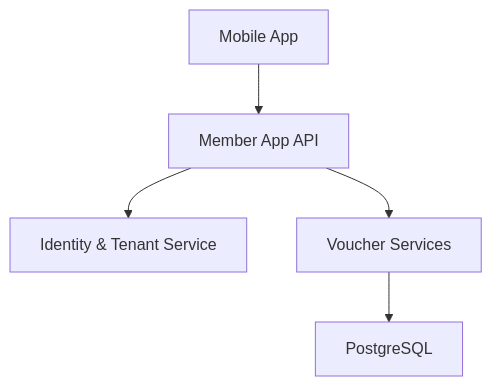
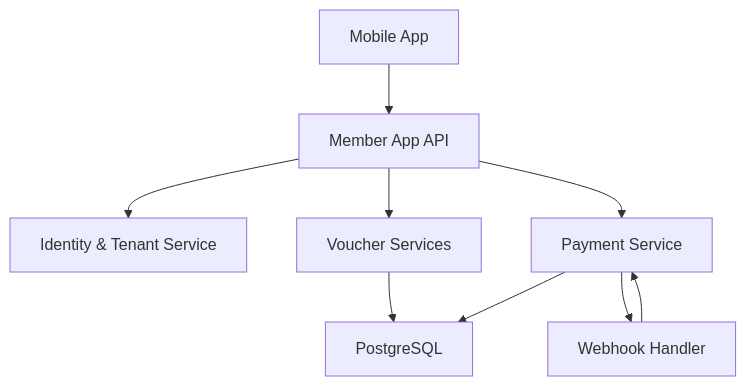
Before and after one commit to lamhongbac/NonCash: the second of 4 diagrams in .qoder/repowiki/en/content/API Contracts and Integration/Member App API/Member App API.md, drawn with Mermaid. The commit also changed other lines of this file and 13 other files, not shown here.

````diff
--- a/.qoder/repowiki/en/content/API Contracts and Integration/Member App API/Member App API.md
+++ b/.qoder/repowiki/en/content/API Contracts and Integration/Member App API/Member App API.md
@@ -85,12 +116,18 @@
 ```mermaid
 graph TB
 Client["Mobile App"]
 API["Member App API"]
 Auth["Identity & Tenant Service"]
 VoucherSvc["Voucher Services"]
+PaySvc["Payment Service"]
 DB["PostgreSQL"]
+Webhook["Webhook Handler"]
 Client --> API
 API --> Auth
 API --> VoucherSvc
+API --> PaySvc
 VoucherSvc --> DB
+PaySvc --> Webhook
+Webhook --> PaySvc
+PaySvc --> DB
 ```
````
